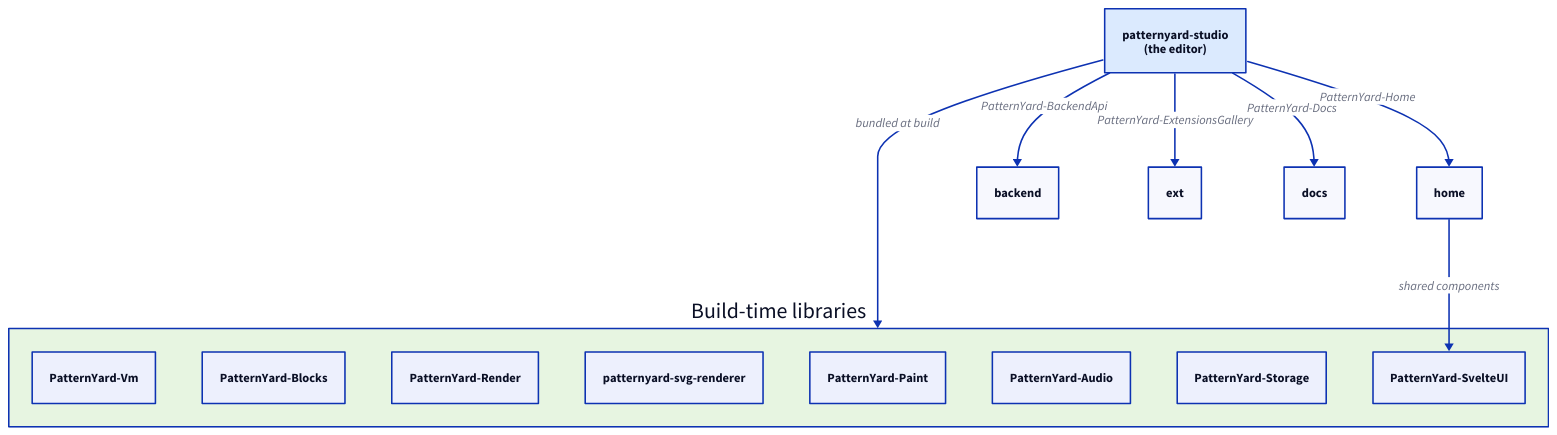
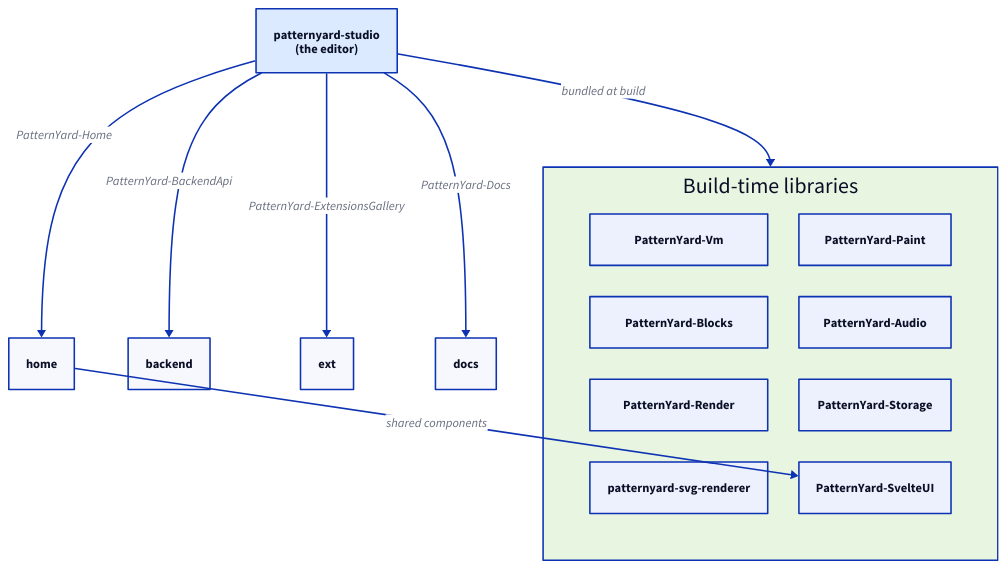
Before and after one commit to patternyard/PatternYard-Architecture: the diagram in src/content/docs/architecture/projects.md, drawn with D2. The commit also changed 3 other files, not shown here.

First line of the commit message:
Improve diagram readability (#1)

````diff
--- a/src/content/docs/architecture/projects.md
+++ b/src/content/docs/architecture/projects.md
@@ -26,25 +26,26 @@
 ```d2
 direction: down
 
 editor: patternyard-studio\n(the editor) {style.fill: "#dbeafe"}
 
 editor -> home: PatternYard-Home
 editor -> backend: PatternYard-BackendApi
 editor -> ext: PatternYard-ExtensionsGallery
 editor -> docs: PatternYard-Docs
 
 libs: Build-time libraries {
   style.fill: "#e7f5e1"
+  grid-columns: 2
   vm: PatternYard-Vm
   blocks: PatternYard-Blocks
   render: PatternYard-Render
   svgr: patternyard-svg-renderer
   paint: PatternYard-Paint
   audio: PatternYard-Audio
   storage: PatternYard-Storage
   svelteui: PatternYard-SvelteUI
 }
 
 editor -> libs: bundled at build
 home -> libs.svelteui: shared components
 ```
````
